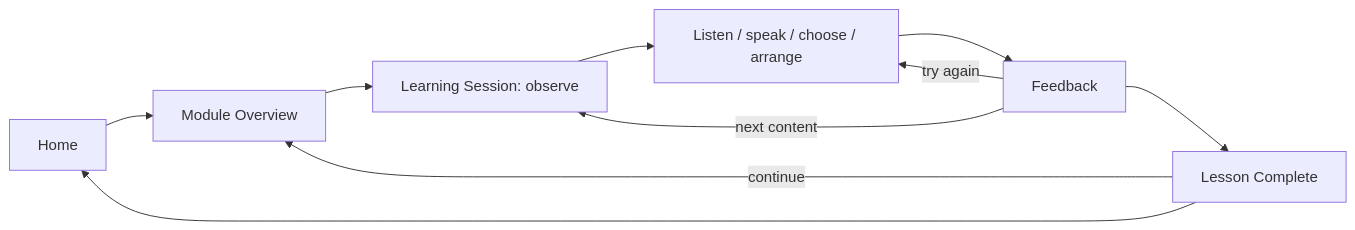
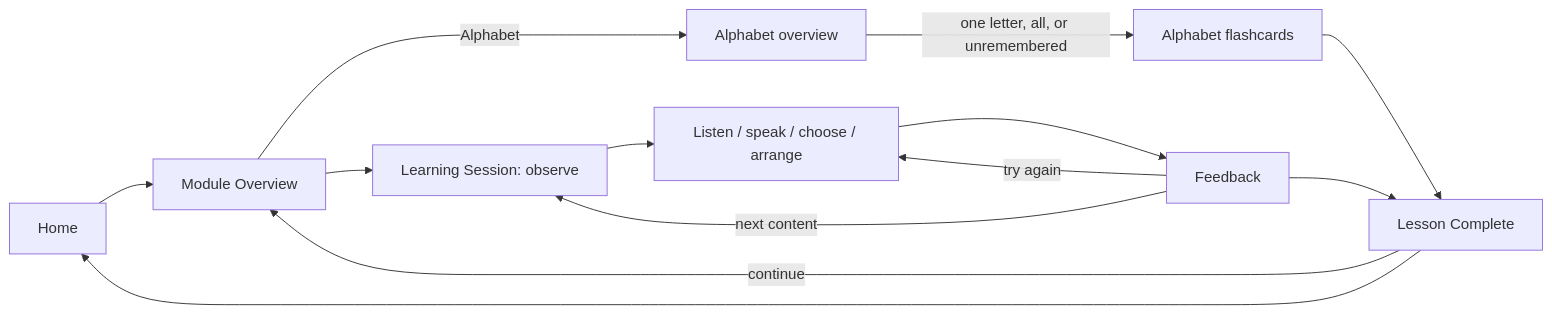
The second of 5 diagrams in docs/widgetbook_executable_spec.md (majinbaka/FlashKids), drawn with Mermaid before and after one commit. The commit also changed other lines of this file and 9 other files, not shown here.

Commit message:
feat: add alphabet flashcard feature with overview and swipeable cards

````diff
--- a/docs/widgetbook_executable_spec.md
+++ b/docs/widgetbook_executable_spec.md
@@ -144,12 +148,15 @@
 ```mermaid
 flowchart LR
-  Home --> Module[Module Overview]
-  Module --> Intro[Learning Session: observe]
+Home --> Module[Module Overview]
+Module -->|Alphabet| AlphabetOverview[Alphabet overview]
+AlphabetOverview -->|one letter, all, or unremembered| AlphabetCards[Alphabet flashcards]
+AlphabetCards --> Complete[Lesson Complete]
+Module --> Intro[Learning Session: observe]
   Intro --> Input[Listen / speak / choose / arrange]
   Input --> Feedback
   Feedback -->|try again| Input
   Feedback -->|next content| Intro
   Feedback --> Complete[Lesson Complete]
   Complete -->|continue| Module
   Complete --> Home
 ```
````
